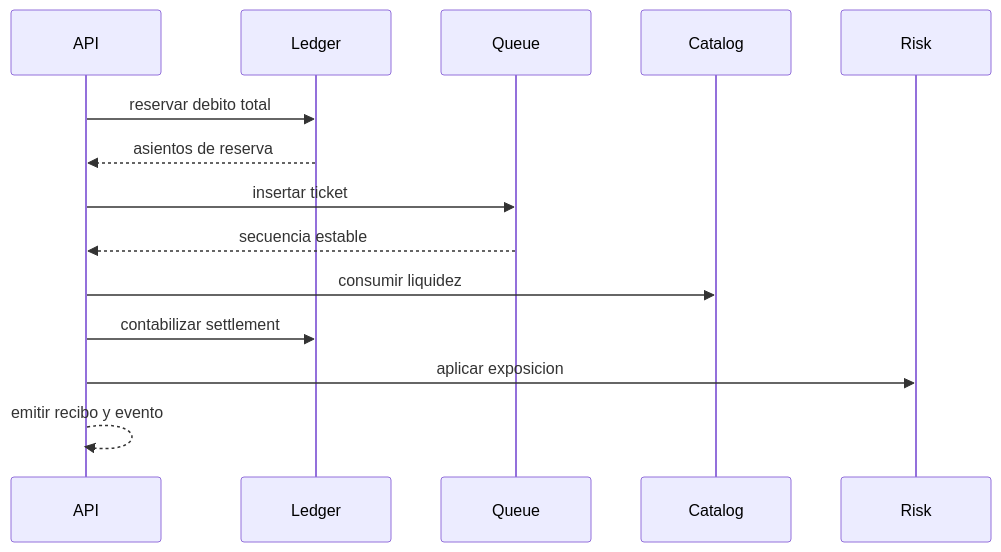
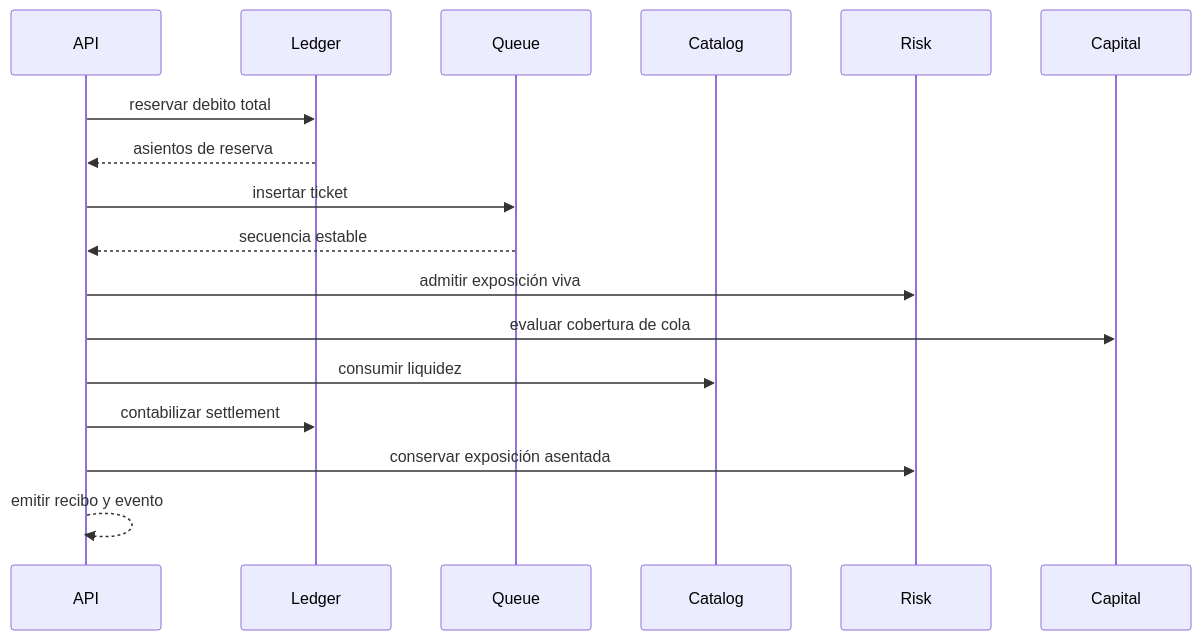
One commit to SolguardLabs/CompassDTL changed the third of 3 diagrams in docs/01-arquitectura.md. Above: the diagram before and after it, drawn with Mermaid. The commit also changed other lines of this file and 17 other files, not shown here.

````diff
--- a/docs/01-arquitectura.md
+++ b/docs/01-arquitectura.md
@@ -65,16 +67,19 @@
 ```mermaid
 sequenceDiagram
     participant API
     participant Ledger
     participant Queue
     participant Catalog
     participant Risk
+    participant Capital
     API->>Ledger: reservar debito total
     Ledger-->>API: asientos de reserva
     API->>Queue: insertar ticket
     Queue-->>API: secuencia estable
+    API->>Risk: admitir exposición viva
+    API->>Capital: evaluar cobertura de cola
     API->>Catalog: consumir liquidez
     API->>Ledger: contabilizar settlement
-    API->>Risk: aplicar exposicion
+    API->>Risk: conservar exposición asentada
     API-->>API: emitir recibo y evento
 ```
````
